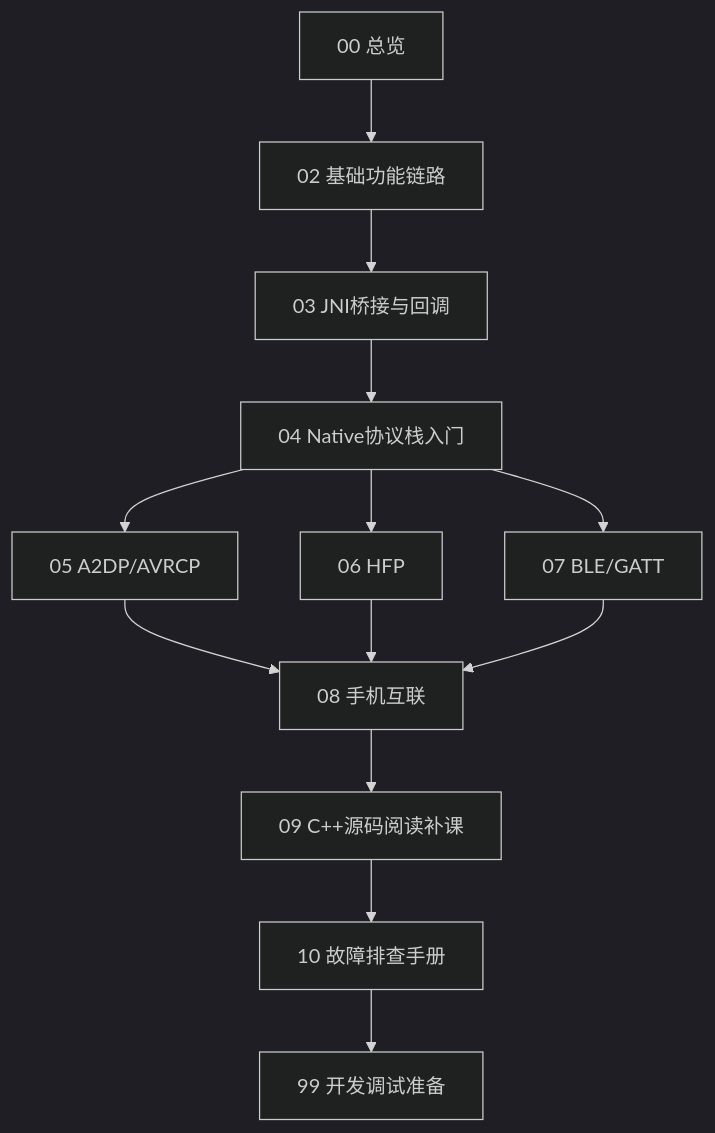
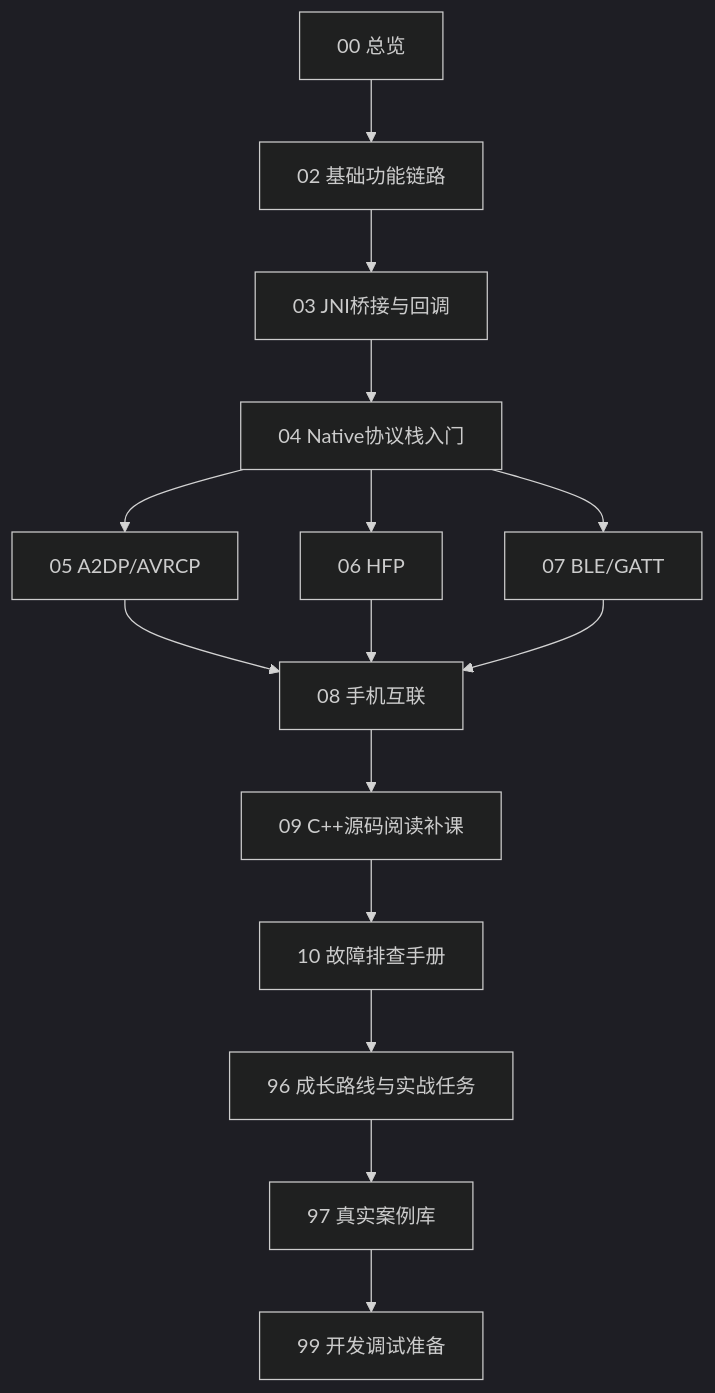
The diagram in doc/学习资料/98-术语表与阅读路线.md (2694927131/BT16Study), drawn with Mermaid (dark theme) before and after one commit. The commit also changed other lines of this file and 4 other files, not shown here.

````diff
--- a/doc/学习资料/98-术语表与阅读路线.md
+++ b/doc/学习资料/98-术语表与阅读路线.md
@@ -7,15 +7,17 @@
 ```mermaid
 flowchart TD
     A["00 总览"] --> B["02 基础功能链路"]
     B --> C["03 JNI桥接与回调"]
     C --> D["04 Native协议栈入门"]
     D --> E["05 A2DP/AVRCP"]
     D --> F["06 HFP"]
     D --> G["07 BLE/GATT"]
     E --> H["08 手机互联"]
     F --> H
     G --> H
     H --> I["09 C++源码阅读补课"]
     I --> J["10 故障排查手册"]
-    J --> K["99 开发调试准备"]
+    J --> K["96 成长路线与实战任务"]
+    K --> L["97 真实案例库"]
+    L --> M["99 开发调试准备"]
 ```
````
